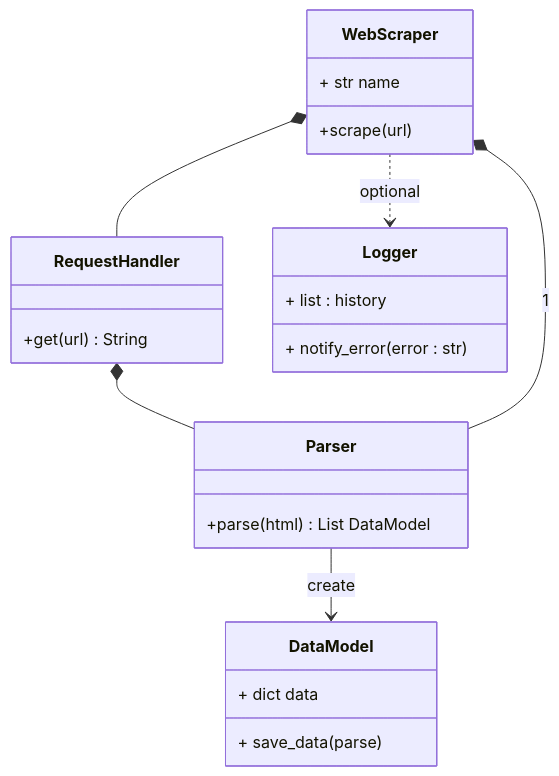
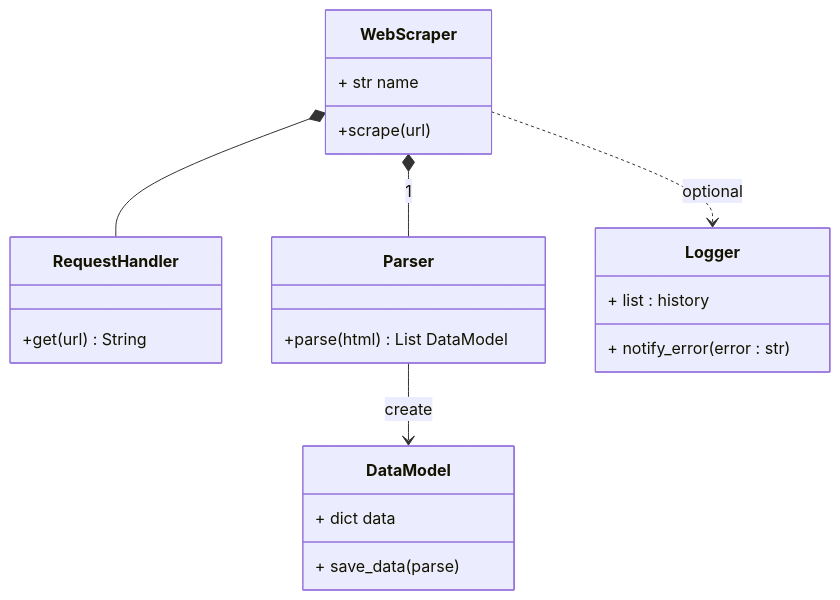
One commit to JDVanBus/Project-POO-2026_licence changed the diagram in README.md. Above: the diagram before and after it, drawn with Mermaid. The commit also changed other lines of this file, not shown here.

````diff
--- a/README.md
+++ b/README.md
@@ -86,31 +99,30 @@
 ```mermaid
 classDiagram
     direction 
     class WebScraper {
     + str name
     +scrape(url)
     }
 
     class RequestHandler {
     +get(url) String
     }
 
     class Parser {
     +parse(html) List DataModel
     }
 
     class DataModel {
      + dict  data
      + save_data(parse) 
     }
     class Logger{
     + list : history
     + notify_error(error : str)
     }
 
     WebScraper *-- RequestHandler 
-    RequestHandler *-- Parser
     WebScraper *-- Parser : 1
     Parser --> DataModel : create
     WebScraper ..> Logger : optional
 ```
````
